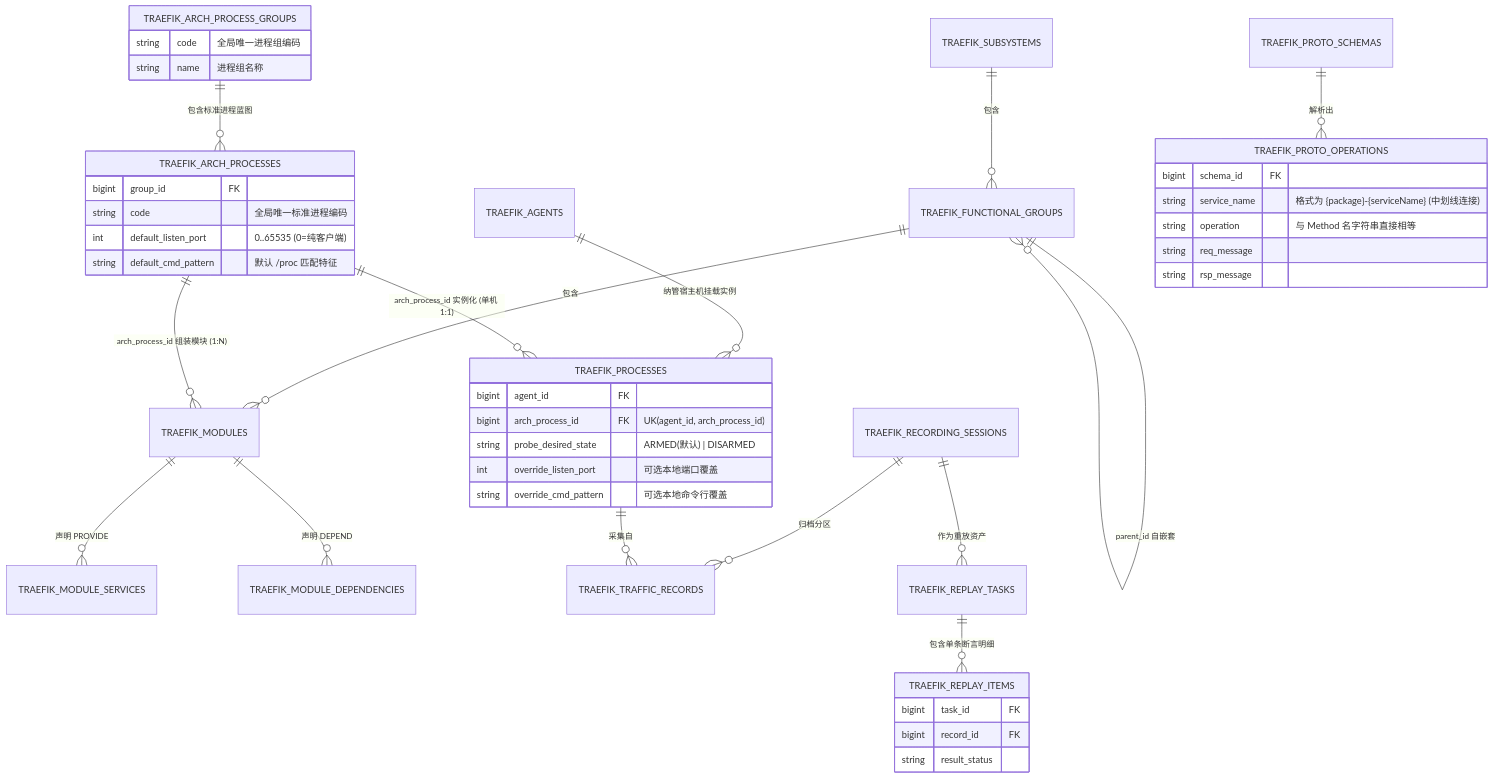
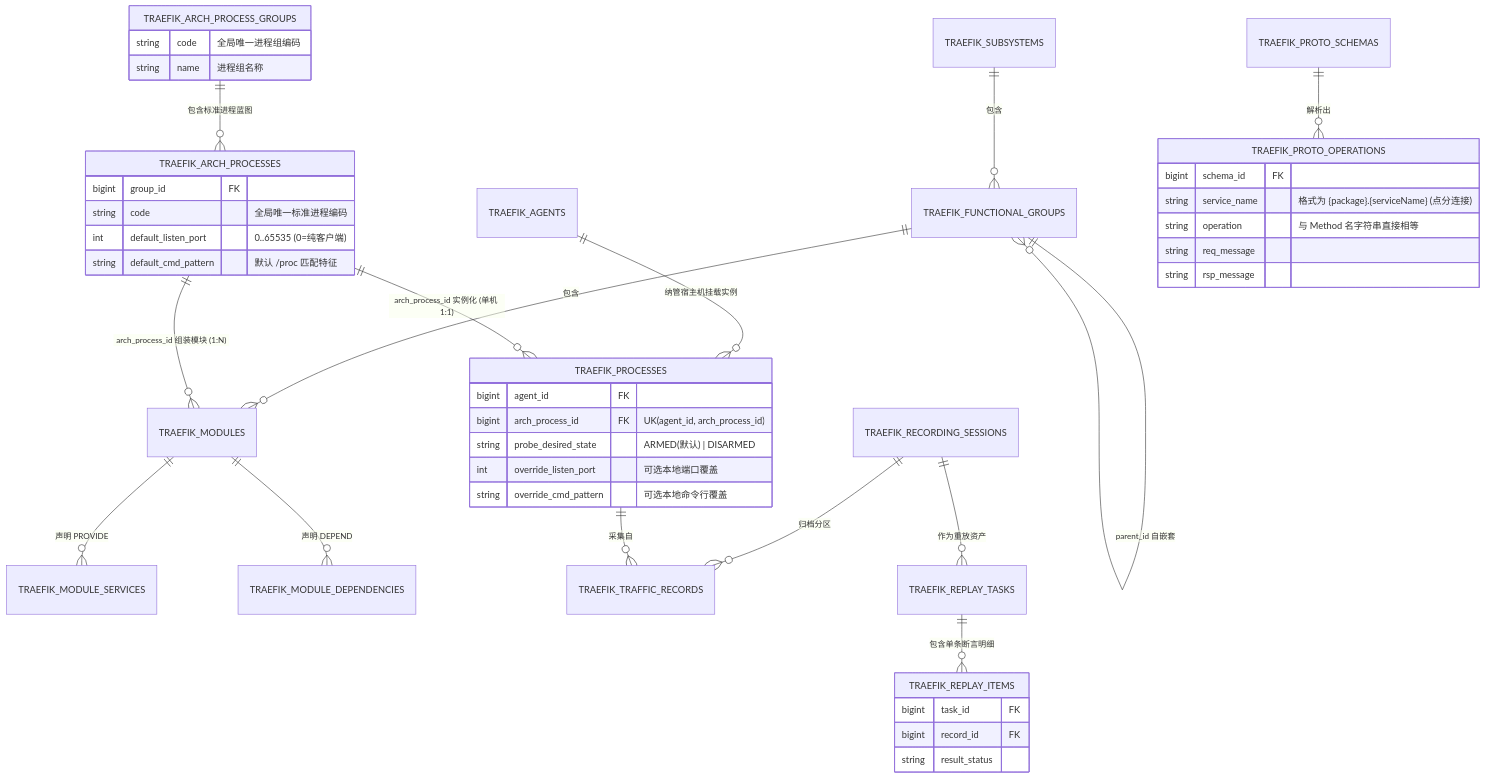
Before and after one commit to fugui/code-traefik: the second of 2 diagrams in docs/01-features/01-feature-matrix.md, drawn with Mermaid. The commit also changed other lines of this file and 9 other files, not shown here.

````diff
--- a/docs/01-features/01-feature-matrix.md
+++ b/docs/01-features/01-feature-matrix.md
@@ -139,47 +140,47 @@
 ```mermaid
 erDiagram
     TRAEFIK_SUBSYSTEMS ||--o{ TRAEFIK_FUNCTIONAL_GROUPS : "包含"
     TRAEFIK_FUNCTIONAL_GROUPS ||--o{ TRAEFIK_FUNCTIONAL_GROUPS : "parent_id 自嵌套"
     TRAEFIK_FUNCTIONAL_GROUPS ||--o{ TRAEFIK_MODULES : "包含"
     TRAEFIK_MODULES ||--o{ TRAEFIK_MODULE_SERVICES : "声明 PROVIDE"
     TRAEFIK_MODULES ||--o{ TRAEFIK_MODULE_DEPENDENCIES : "声明 DEPEND"
     TRAEFIK_ARCH_PROCESS_GROUPS ||--o{ TRAEFIK_ARCH_PROCESSES : "包含标准进程蓝图"
     TRAEFIK_ARCH_PROCESSES ||--o{ TRAEFIK_MODULES : "arch_process_id 组装模块 (1:N)"
     TRAEFIK_AGENTS ||--o{ TRAEFIK_PROCESSES : "纳管宿主机挂载实例"
     TRAEFIK_ARCH_PROCESSES ||--o{ TRAEFIK_PROCESSES : "arch_process_id 实例化 (单机 1:1)"
     TRAEFIK_PROTO_SCHEMAS ||--o{ TRAEFIK_PROTO_OPERATIONS : "解析出"
     TRAEFIK_RECORDING_SESSIONS ||--o{ TRAEFIK_TRAFFIC_RECORDS : "归档分区"
     TRAEFIK_PROCESSES ||--o{ TRAEFIK_TRAFFIC_RECORDS : "采集自"
     TRAEFIK_RECORDING_SESSIONS ||--o{ TRAEFIK_REPLAY_TASKS : "作为重放资产"
     TRAEFIK_REPLAY_TASKS ||--o{ TRAEFIK_REPLAY_ITEMS : "包含单条断言明细"
 
     TRAEFIK_ARCH_PROCESS_GROUPS {
         string code "全局唯一进程组编码"
         string name "进程组名称"
     }
     TRAEFIK_ARCH_PROCESSES {
         bigint group_id FK
         string code "全局唯一标准进程编码"
         int default_listen_port "0..65535 (0=纯客户端)"
         string default_cmd_pattern "默认 /proc 匹配特征"
     }
     TRAEFIK_PROCESSES {
         bigint agent_id FK
         bigint arch_process_id FK "UK(agent_id, arch_process_id)"
         string probe_desired_state "ARMED(默认) | DISARMED"
         int override_listen_port "可选本地端口覆盖"
         string override_cmd_pattern "可选本地命令行覆盖"
     }
     TRAEFIK_PROTO_OPERATIONS {
         bigint schema_id FK
-        string service_name "格式为 {package}-{serviceName} (中划线连接)"
+        string service_name "格式为 {package}.{serviceName} (点分连接)"
         string operation "与 Method 名字符串直接相等"
         string req_message
         string rsp_message
     }
     TRAEFIK_REPLAY_ITEMS {
         bigint task_id FK
         bigint record_id FK
         string result_status
     }
 ```
````
